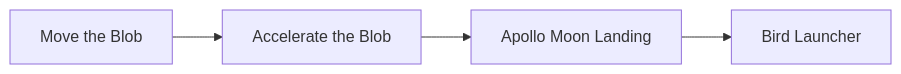
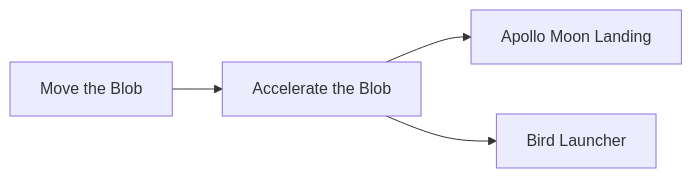
Before and after one commit to stemcoding/stemcoding.github.io: the first of 4 diagrams in flowchart.qmd, drawn with Mermaid. The commit also changed other lines of this file and 2 other files, not shown here.

Commit message:
improve flowchart

````diff
--- a/flowchart.qmd
+++ b/flowchart.qmd
@@ -10,6 +10,6 @@
 ```{mermaid}
 flowchart LR
   A[Move the Blob] --> B[Accelerate the Blob]
   B --> C[Apollo Moon Landing]
-  C --> D[Bird Launcher]
+  B --> D[Bird Launcher]
 ```
````
